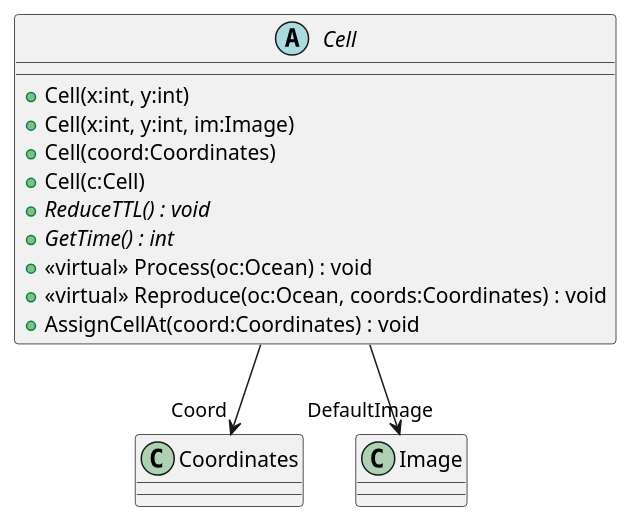
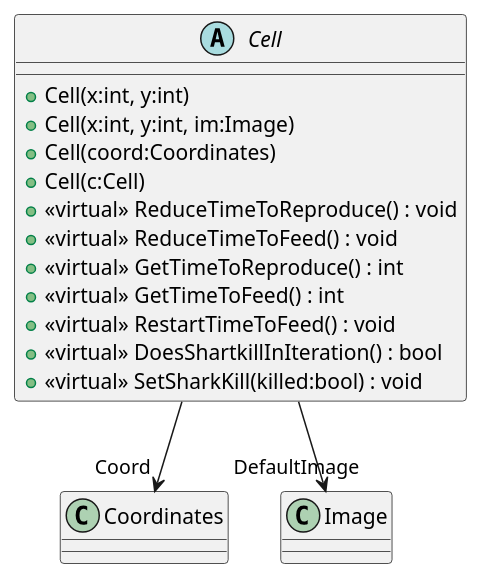
The diagram in plantuml/OceanLife/Cell.puml (19vano97/levelUpOOP), drawn with PlantUML before and after one commit. The commit also changed 28 other files, not shown here.

```diff
--- a/plantuml/OceanLife/Cell.puml
+++ b/plantuml/OceanLife/Cell.puml
@@ -1,15 +1,17 @@
 @startuml
 abstract class Cell {
     + Cell(x:int, y:int)
     + Cell(x:int, y:int, im:Image)
     + Cell(coord:Coordinates)
     + Cell(c:Cell)
-    + {abstract} ReduceTTL() : void
-    + {abstract} GetTime() : int
-    + <<virtual>> Process(oc:Ocean) : void
-    + <<virtual>> Reproduce(oc:Ocean, coords:Coordinates) : void
-    + AssignCellAt(coord:Coordinates) : void
+    + <<virtual>> ReduceTimeToReproduce() : void
+    + <<virtual>> ReduceTimeToFeed() : void
+    + <<virtual>> GetTimeToReproduce() : int
+    + <<virtual>> GetTimeToFeed() : int
+    + <<virtual>> RestartTimeToFeed() : void
+    + <<virtual>> DoesShartkillInIteration() : bool
+    + <<virtual>> SetSharkKill(killed:bool) : void
 }
 Cell --> "Coord" Coordinates
 Cell --> "DefaultImage" Image
 @enduml
```
